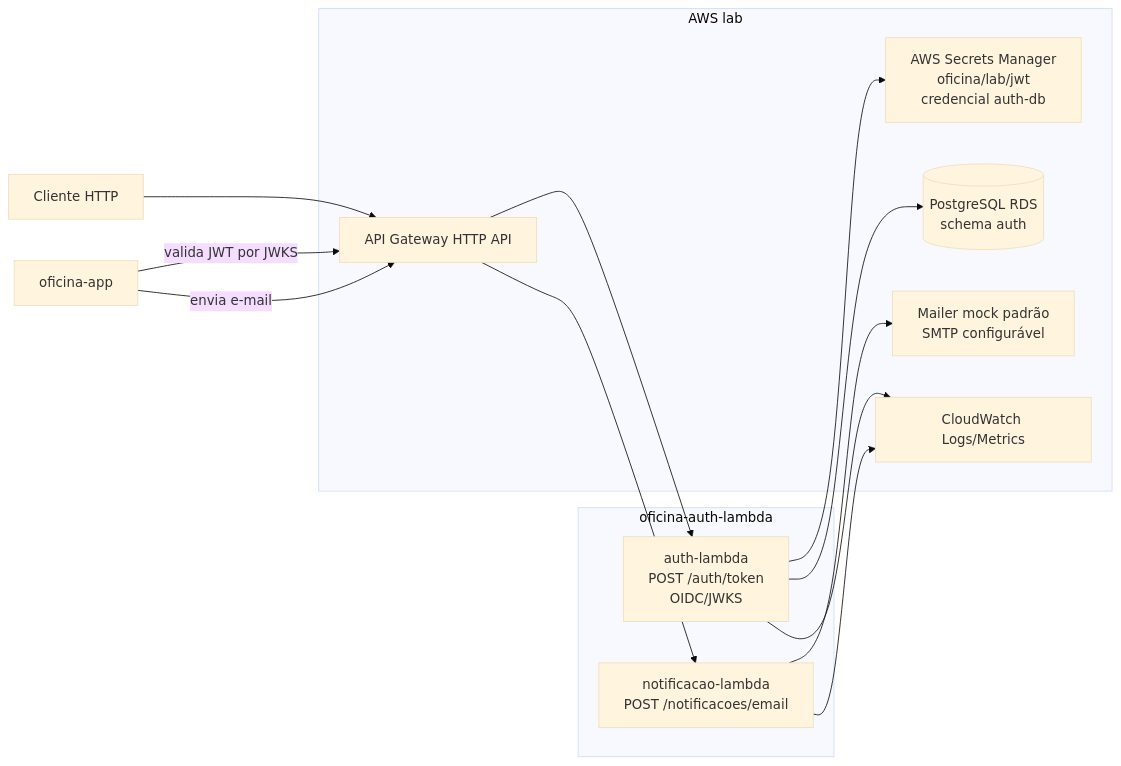
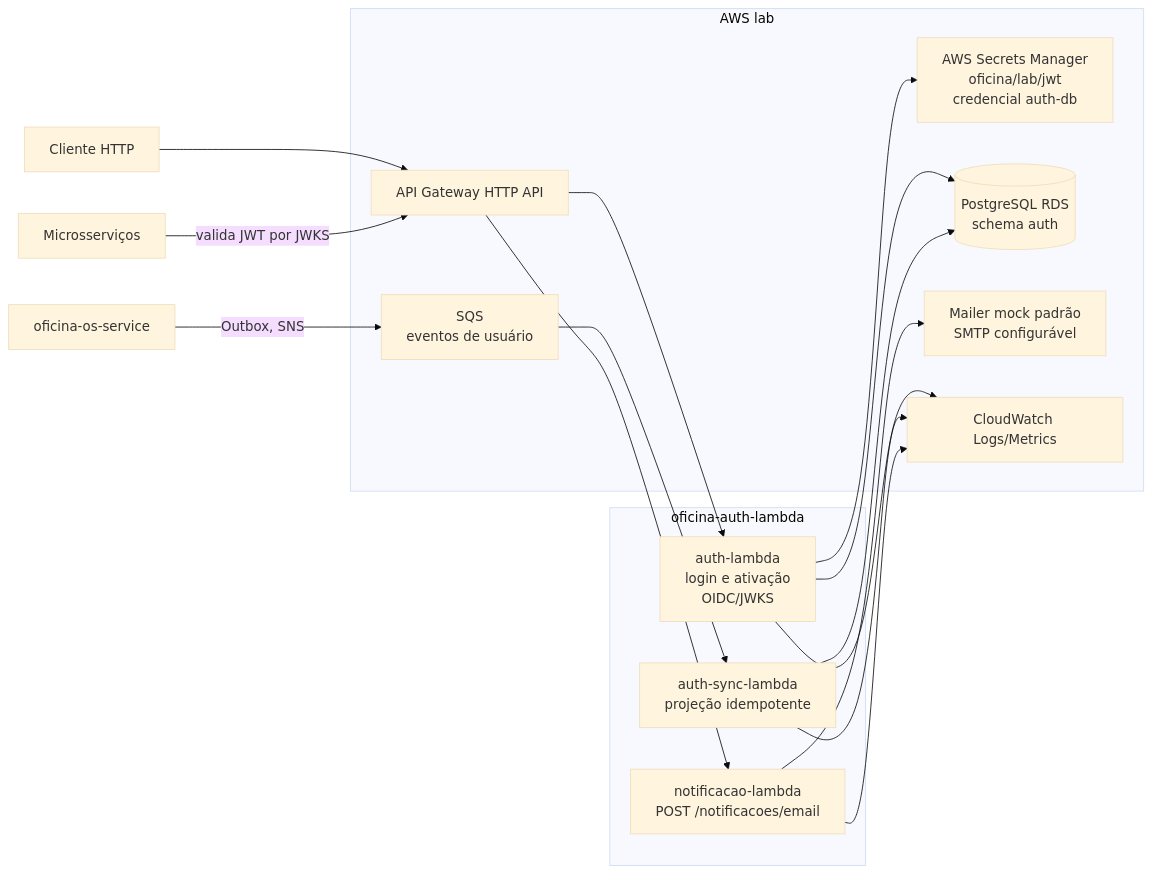
The diagram in README.md (oficina-soat/oficina-auth-lambda), drawn with Mermaid (base theme) before and after one commit. The commit also changed other lines of this file and 42 other files, not shown here.

````diff
--- a/README.md
+++ b/README.md
@@ -53,22 +51,26 @@
 ```mermaid
 flowchart LR
   user[Cliente HTTP] --> apigw[API Gateway HTTP API]
 
   subgraph repo[oficina-auth-lambda]
-    auth[auth-lambda<br/>POST /auth/token<br/>OIDC/JWKS]
+    auth[auth-lambda<br/>login e ativação<br/>OIDC/JWKS]
+    sync[auth-sync-lambda<br/>projeção idempotente]
     notif[notificacao-lambda<br/>POST /notificacoes/email]
   end
 
   subgraph aws[AWS lab]
     apigw --> auth
     apigw --> notif
+    queues[SQS<br/>eventos de usuário] --> sync
     auth --> secrets[AWS Secrets Manager<br/>oficina/lab/jwt<br/>credencial auth-db]
     auth --> db[(PostgreSQL RDS<br/>schema auth)]
+    sync --> db
     notif --> mailer[Mailer mock padrão<br/>SMTP configurável]
     auth --> logs[CloudWatch Logs/Metrics]
+    sync --> logs
     notif --> logs
   end
 
-  app[oficina-app] -->|valida JWT por JWKS| apigw
-  app -->|envia e-mail| apigw
+  os[oficina-os-service] -->|Outbox, SNS| queues
+  services[Microsserviços] -->|valida JWT por JWKS| apigw
 ```
````
